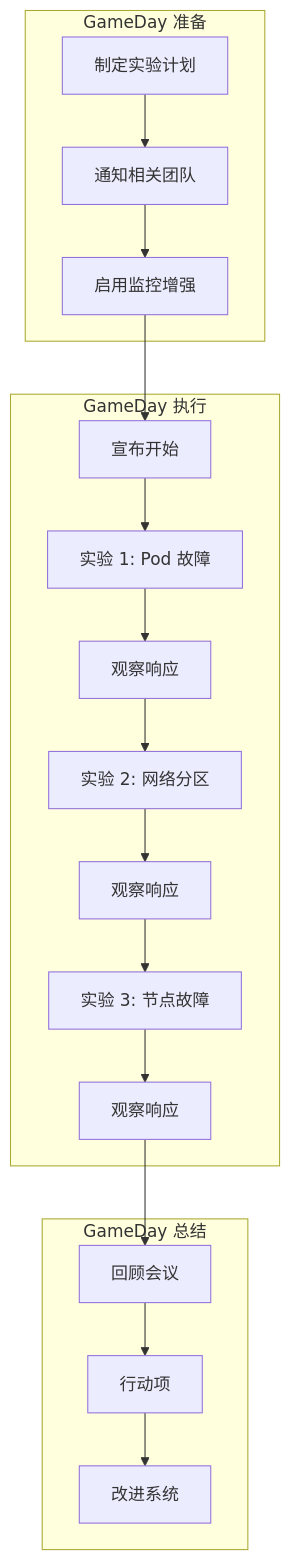
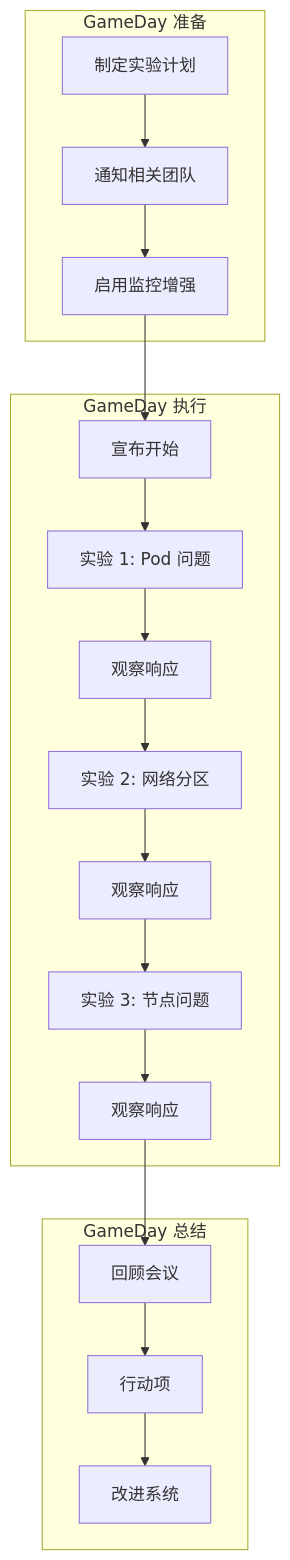
The fourth of 5 diagrams in synthesis/chaos-engineering-observability.md (kudig-io/kudig-database), drawn with Mermaid before and after one commit. The commit also changed other lines of this file and 1236 other files, not shown here.

````diff
--- a/synthesis/chaos-engineering-observability.md
+++ b/synthesis/chaos-engineering-observability.md
@@ -315,35 +315,35 @@
 ```mermaid
 graph TB
     subgraph PreGameday["GameDay 准备"]
         Plan[制定实验计划]
         Notify[通知相关团队]
         Enable[启用监控增强]
     end
     subgraph Gameday["GameDay 执行"]
         Start[宣布开始]
-        Inject1[实验 1: Pod 故障]
+        Inject1[实验 1: Pod 问题]
         Observe1[观察响应]
         Inject2[实验 2: 网络分区]
         Observe2[观察响应]
-        Inject3[实验 3: 节点故障]
+        Inject3[实验 3: 节点问题]
         Observe3[观察响应]
     end
     subgraph PostGameday["GameDay 总结"]
         Review[回顾会议]
         Action[行动项]
         Improve[改进系统]
     end
 
     Plan --> Notify
     Notify --> Enable
     Enable --> Start
     Start --> Inject1
     Inject1 --> Observe1
     Observe1 --> Inject2
     Inject2 --> Observe2
     Observe2 --> Inject3
     Inject3 --> Observe3
     Observe3 --> Review
     Review --> Action
     Action --> Improve
 ```
````
